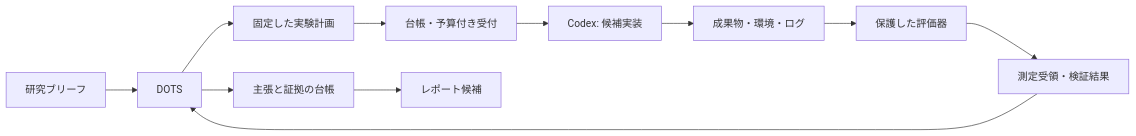
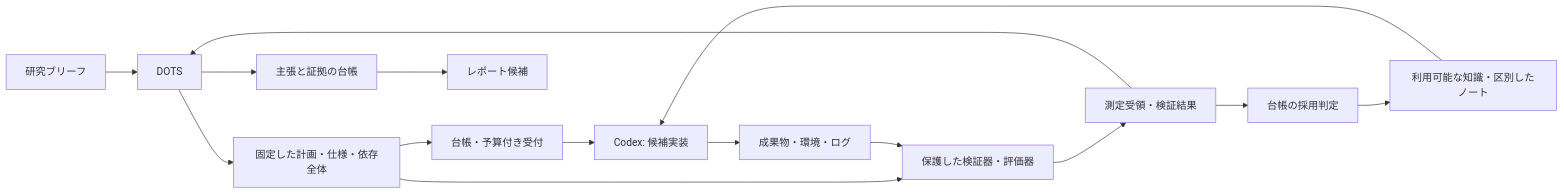
Before and after one commit to moruku36/ai-agent-scientist: the diagram in docs/03-architecture.ja.md, drawn with Mermaid. The commit also changed other lines of this file and 41 other files, not shown here.

````diff
--- a/docs/03-architecture.ja.md
+++ b/docs/03-architecture.ja.md
@@ -21,13 +22,17 @@
 ```mermaid
 flowchart LR
     U["研究ブリーフ"] --> D["DOTS"]
-    D --> P["固定した実験計画"]
+    D --> P["固定した計画・仕様・依存全体"]
     P --> J["台帳・予算付き受付"]
     J --> W["Codex: 候補実装"]
     W --> A["成果物・環境・ログ"]
-    A --> Q["保護した評価器"]
+    P --> Q["保護した検証器・評価器"]
+    A --> Q
     Q --> M["測定受領・検証結果"]
     M --> D
+    M --> G["台帳の採用判定"]
+    G --> K["利用可能な知識・区別したノート"]
+    K --> W
     D --> C["主張と証拠の台帳"]
     C --> O["レポート候補"]
 ```
````
